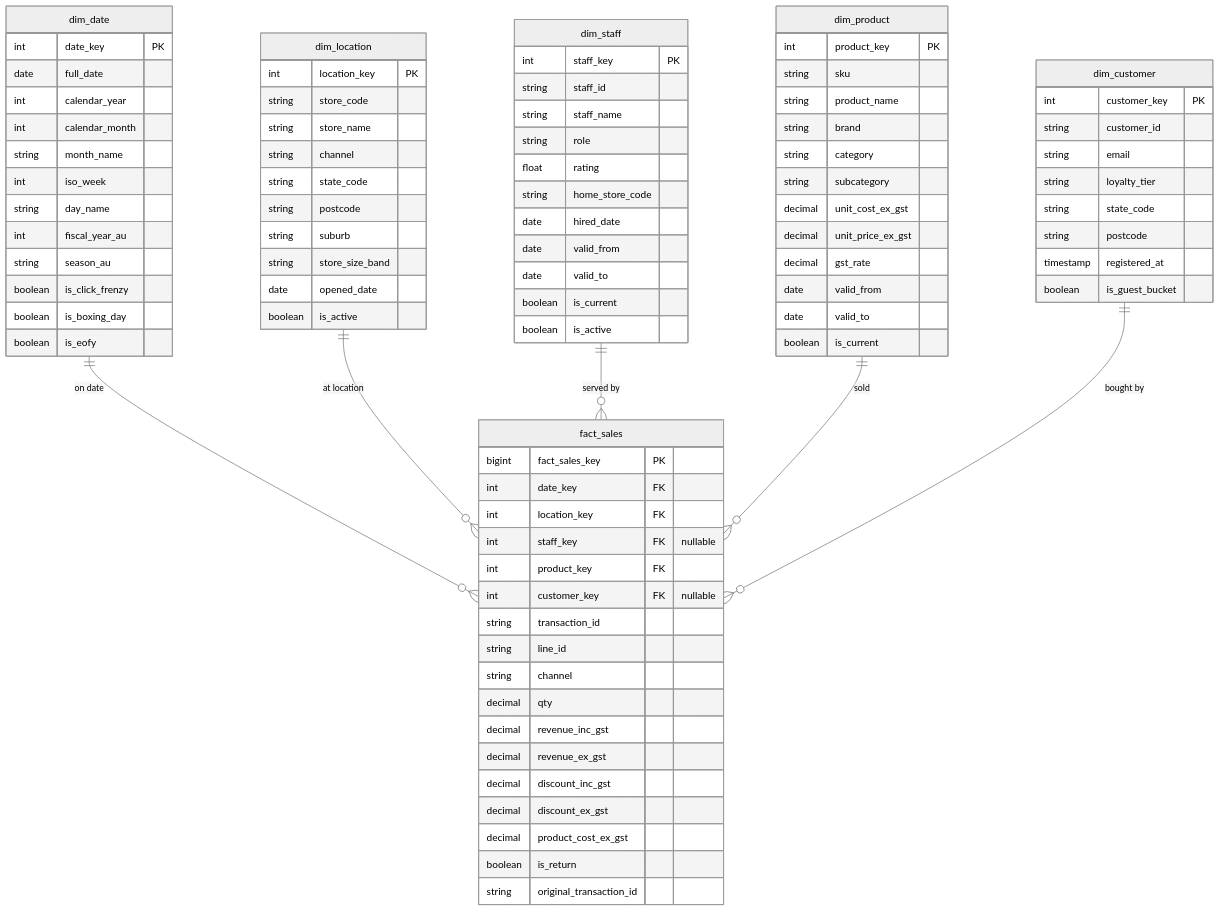
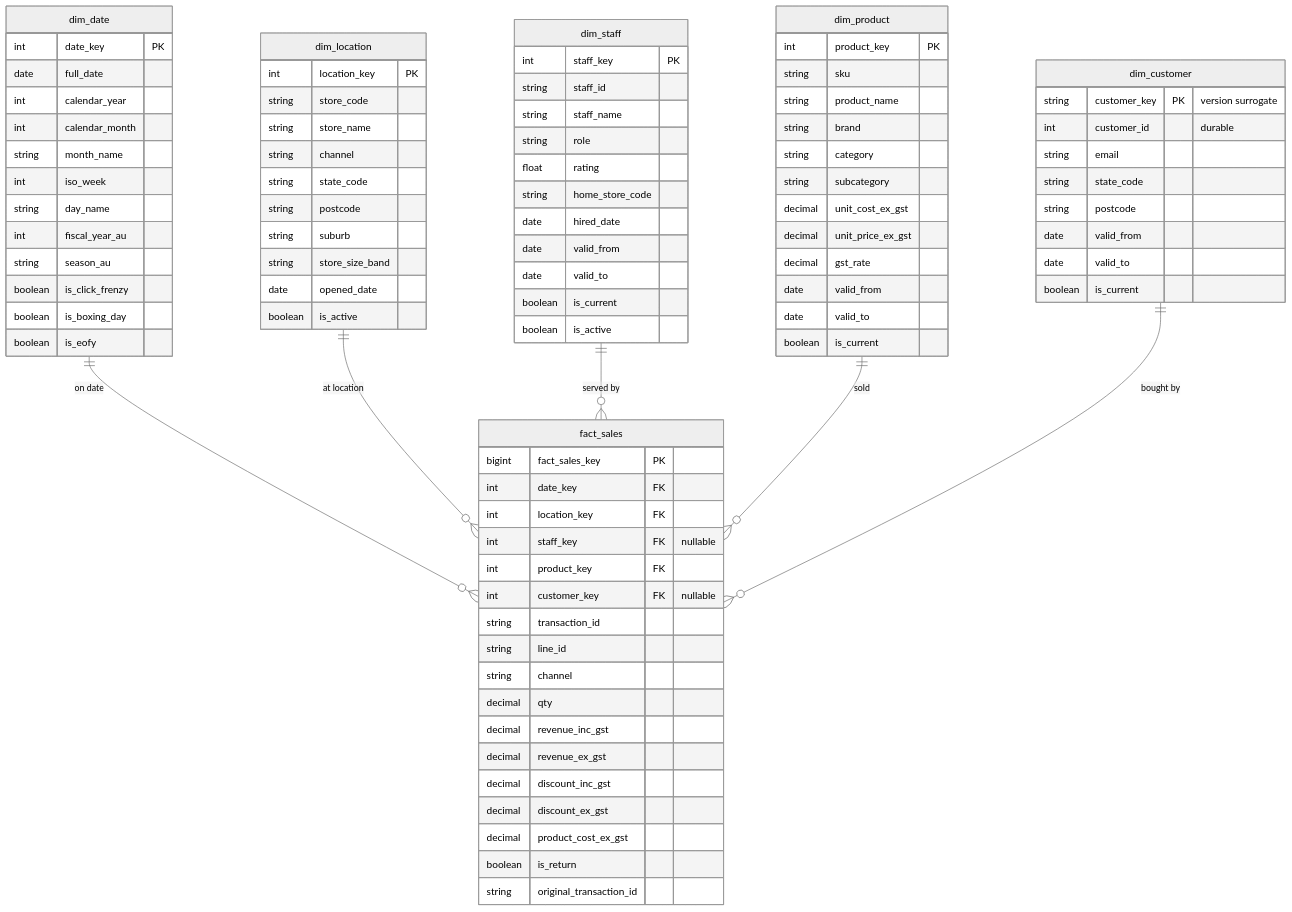
One commit to lehuukimlam/ausie-retail-reporting changed the diagram in docs/data-understanding.md. Above: the diagram before and after it, drawn with Mermaid (neutral theme). The commit also changed other lines of this file and 13 other files, not shown here.

```diff
--- a/docs/data-understanding.md
+++ b/docs/data-understanding.md
@@ -279,14 +282,14 @@
     }
 
     dim_customer {
-        int customer_key PK
-        string customer_id
+        string customer_key PK "version surrogate"
+        int customer_id "durable"
         string email
-        string loyalty_tier
         string state_code
         string postcode
-        timestamp registered_at
-        boolean is_guest_bucket
+        date valid_from
+        date valid_to
+        boolean is_current
     }
 
     fact_sales {
```
